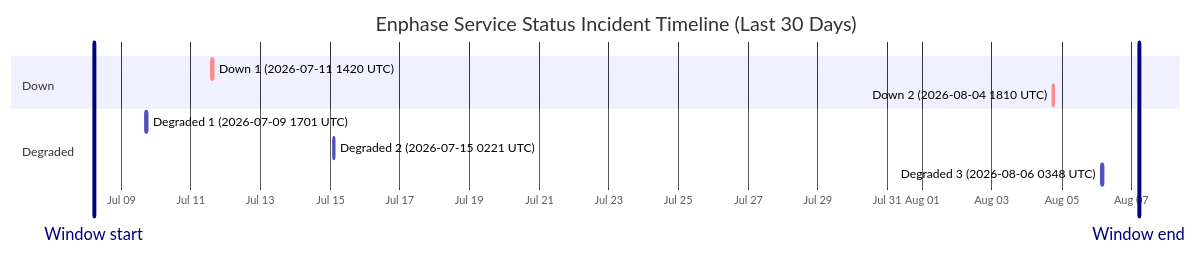
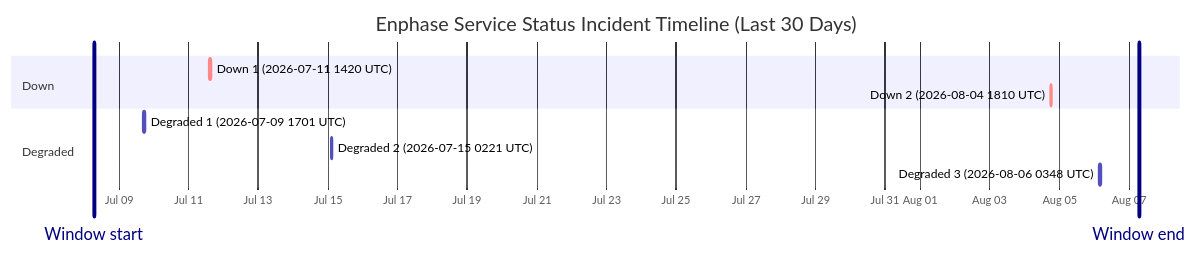
The diagram in wiki/Service-Status-History.md (barneyonline/ha-enphase-energy), drawn with Mermaid before and after one commit. The commit also changed other lines of this file and 3 other files, not shown here.

````diff
--- a/wiki/Service-Status-History.md
+++ b/wiki/Service-Status-History.md
@@ -14,15 +14,15 @@
 ```mermaid
 gantt
     title Enphase Service Status Incident Timeline (Last 30 Days)
     dateFormat  YYYY-MM-DDTHH:mm:ss
     axisFormat  %b %d
-    Window start :vert, window-start, 2026-07-08T05:14:34, 0ms
-    Window end :vert, window-end, 2026-08-07T05:14:34, 0ms
+    Window start :vert, window-start, 2026-07-08T06:44:50, 0ms
+    Window end :vert, window-end, 2026-08-07T06:44:50, 0ms
     section Down
     Down 1 (2026-07-11 1420 UTC) :crit, down-1, 2026-07-11T14:20:54, 69m
     Down 2 (2026-08-04 1810 UTC) :crit, down-2, 2026-08-04T18:10:46, 60m
     section Degraded
     Degraded 1 (2026-07-09 1701 UTC) :active, degraded-1, 2026-07-09T17:01:02, 60m
     Degraded 2 (2026-07-15 0221 UTC) :active, degraded-2, 2026-07-15T02:21:35, 60m
     Degraded 3 (2026-08-06 0348 UTC) :active, degraded-3, 2026-08-06T03:48:14, 60m
 ```
````
